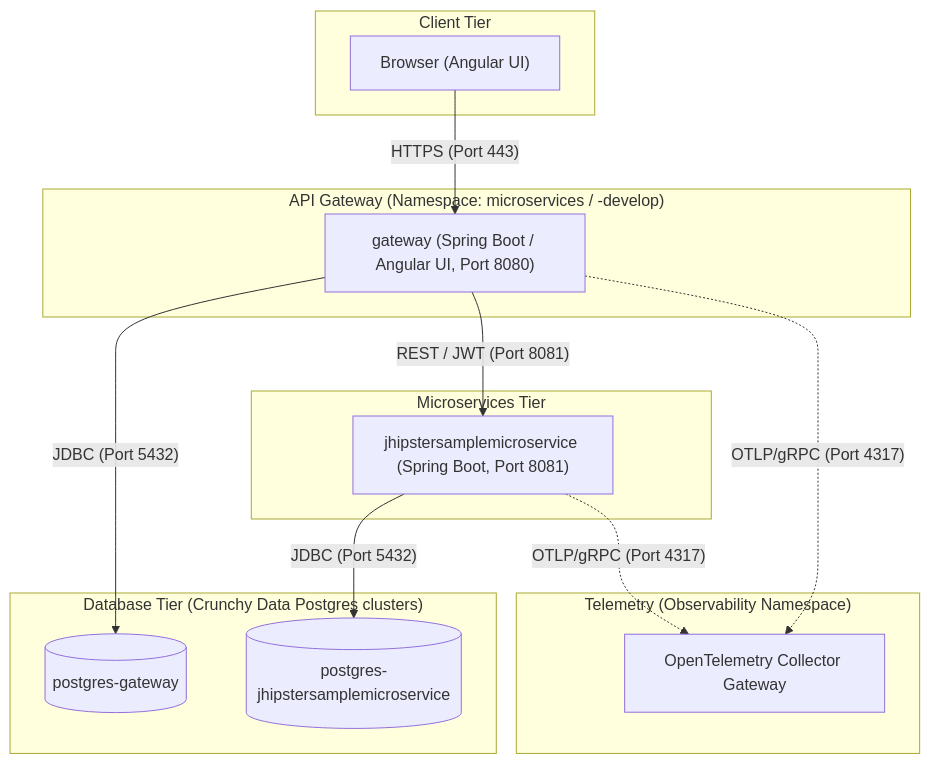
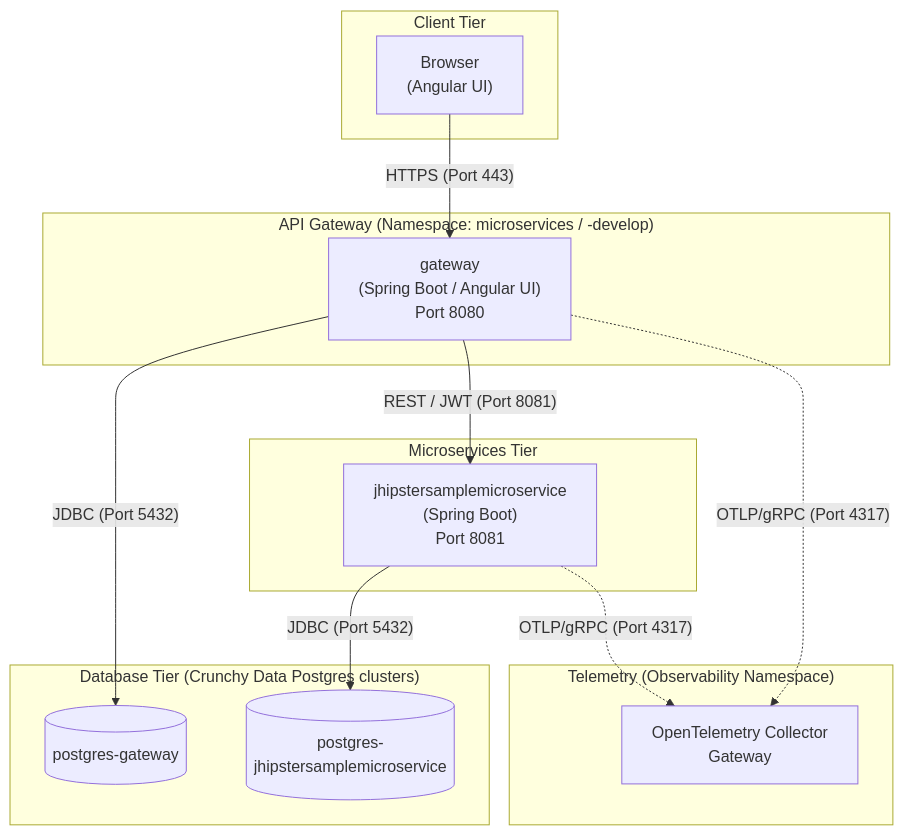
Before and after one commit to nubenetes/jenkins-2026: the second of 5 diagrams in README.md, drawn with Mermaid. The commit also changed other lines of this file, not shown here.

Commit message:
docs: wrap long labels in Mermaid diagrams in README to prevent text cut-off on GitHub

````diff
--- a/README.md
+++ b/README.md
@@ -169,37 +169,37 @@
 ```mermaid
 graph TD
     subgraph "Client Tier"
-        Browser["Browser (Angular UI)"]
+        Browser["Browser<br/>(Angular UI)"]
     end
 
     subgraph "API Gateway (Namespace: microservices / -develop)"
-        GW["gateway (Spring Boot / Angular UI, Port 8080)"]
+        GW["gateway<br/>(Spring Boot / Angular UI)<br/>Port 8080"]
     end
 
     subgraph "Microservices Tier"
-        S_Ms["jhipstersamplemicroservice (Spring Boot, Port 8081)"]
+        S_Ms["jhipstersamplemicroservice<br/>(Spring Boot)<br/>Port 8081"]
     end
 
     subgraph "Database Tier (Crunchy Data Postgres clusters)"
         DB_GW[("postgres-gateway")]
-        DB_Ms[("postgres-jhipstersamplemicroservice")]
+        DB_Ms[("postgres-<br/>jhipstersamplemicroservice")]
     end
 
     subgraph "Telemetry (Observability Namespace)"
-        OTEL_Collector["OpenTelemetry Collector Gateway"]
+        OTEL_Collector["OpenTelemetry Collector<br/>Gateway"]
     end
 
     %% Client traffic
     Browser -->|"HTTPS (Port 443)"| GW
     
     %% API Routing
     GW -->|"REST / JWT (Port 8081)"| S_Ms
     
     %% Database connections
     GW -->|"JDBC (Port 5432)"| DB_GW
     S_Ms -->|"JDBC (Port 5432)"| DB_Ms
     
     %% Auto-Instrumentation Telemetry
     GW -.->|"OTLP/gRPC (Port 4317)"| OTEL_Collector
     S_Ms -.->|"OTLP/gRPC (Port 4317)"| OTEL_Collector
 ```
````
